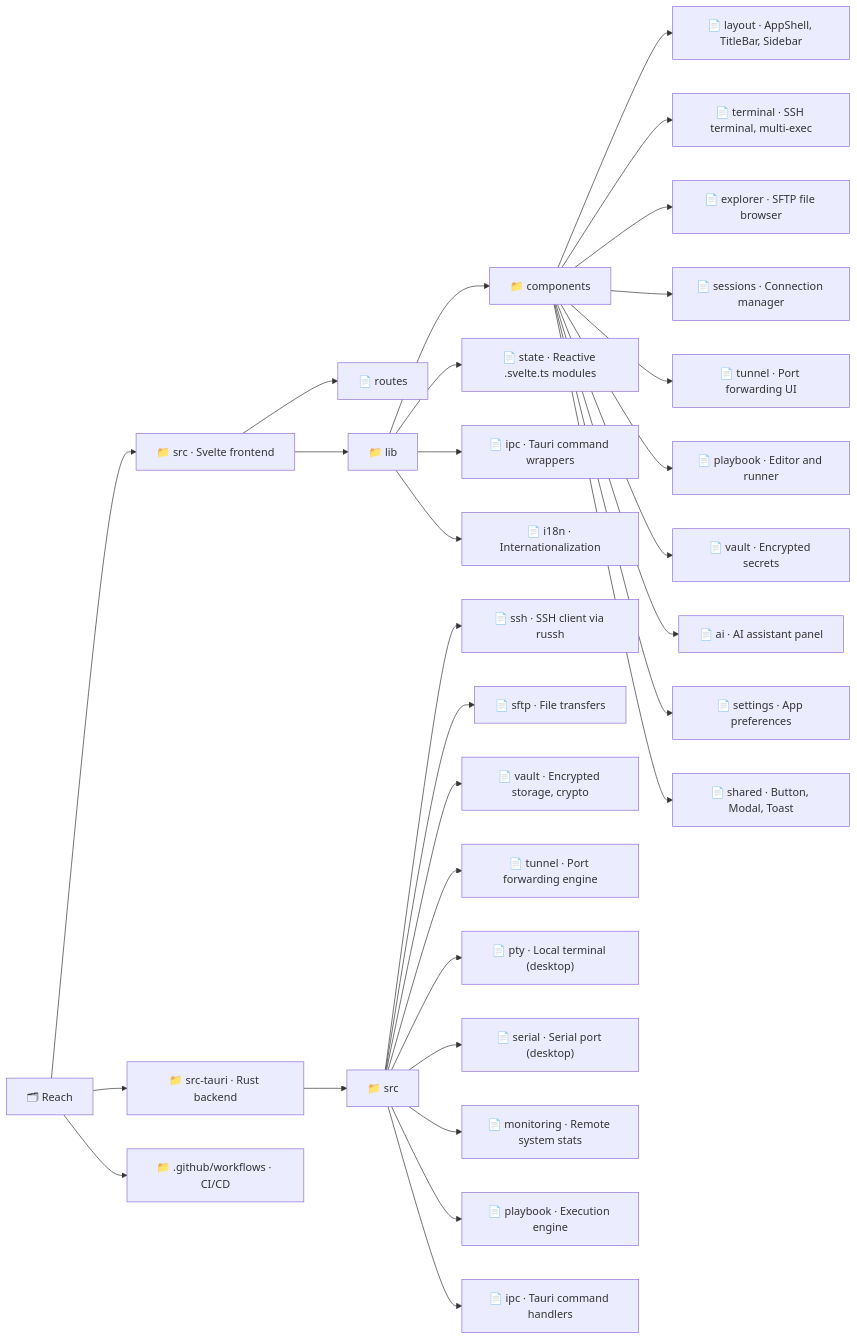
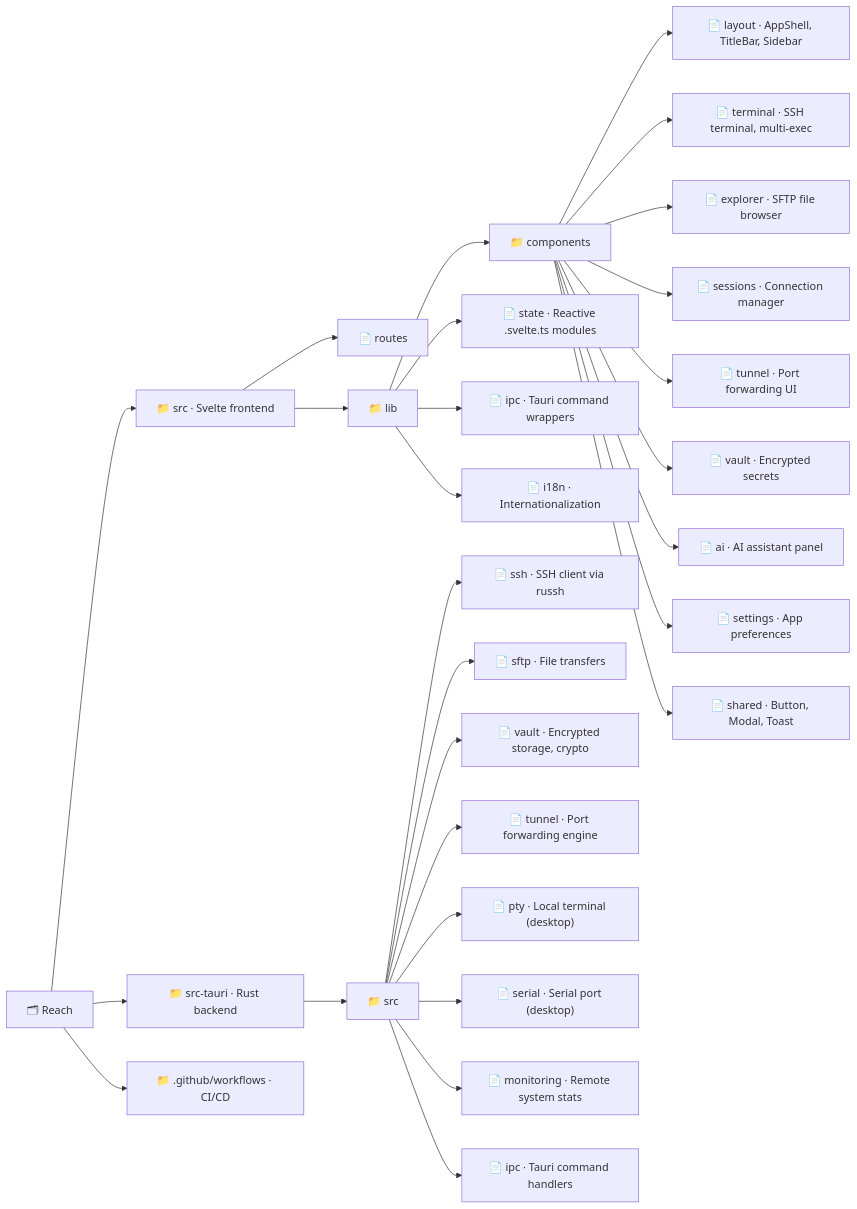
One commit to alexandrosnt/Reach changed the diagram in README.md. Above: the diagram before and after it, drawn with Mermaid. The commit also changed other lines of this file and 114 other files, not shown here.

````diff
--- a/README.md
+++ b/README.md
@@ -96,38 +95,36 @@
 ```mermaid
 graph LR
   root["🗂 Reach"]
 
   root --> src["📁 src · Svelte frontend"]
   root --> tauri["📁 src-tauri · Rust backend"]
   root --> gh["📁 .github/workflows · CI/CD"]
 
   src --> routes["📄 routes"]
   src --> lib["📁 lib"]
 
   lib --> components["📁 components"]
   lib --> state["📄 state · Reactive .svelte.ts modules"]
   lib --> ipc["📄 ipc · Tauri command wrappers"]
   lib --> i18n["📄 i18n · Internationalization"]
 
   components --> layout["📄 layout · AppShell, TitleBar, Sidebar"]
   components --> terminal["📄 terminal · SSH terminal, multi-exec"]
   components --> explorer["📄 explorer · SFTP file browser"]
   components --> sessions["📄 sessions · Connection manager"]
   components --> tunnel["📄 tunnel · Port forwarding UI"]
-  components --> playbook["📄 playbook · Editor and runner"]
   components --> vault["📄 vault · Encrypted secrets"]
   components --> ai["📄 ai · AI assistant panel"]
   components --> settings["📄 settings · App preferences"]
   components --> shared["📄 shared · Button, Modal, Toast"]
 
   tauri --> taurisrc["📁 src"]
   taurisrc --> ssh["📄 ssh · SSH client via russh"]
   taurisrc --> sftp["📄 sftp · File transfers"]
   taurisrc --> tvault["📄 vault · Encrypted storage, crypto"]
   taurisrc --> ttunnel["📄 tunnel · Port forwarding engine"]
   taurisrc --> pty["📄 pty · Local terminal (desktop)"]
   taurisrc --> serial["📄 serial · Serial port (desktop)"]
   taurisrc --> monitoring["📄 monitoring · Remote system stats"]
-  taurisrc --> tplaybook["📄 playbook · Execution engine"]
   taurisrc --> tipc["📄 ipc · Tauri command handlers"]
 ```
````
